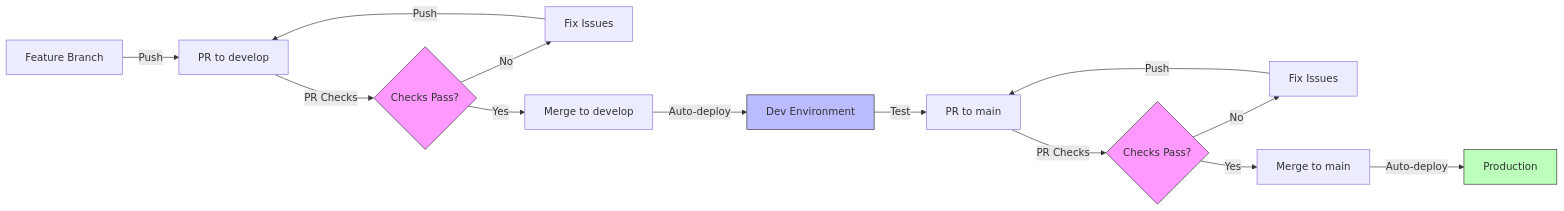
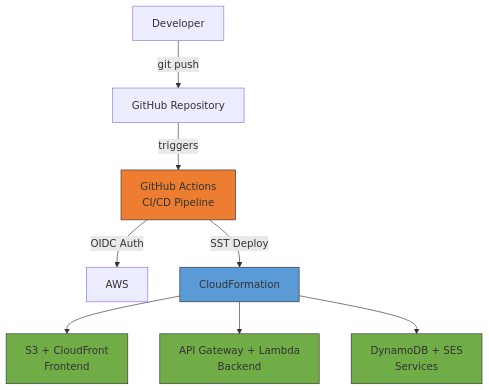
The second of 5 diagrams in README.md (mattlucian/idevelop.tech), drawn with Mermaid before and after one commit. The commit also changed other lines of this file, not shown here.

First line of the commit message:
docs: Comprehensive README redesign with visual diagrams and improved flow (#55)

````diff
--- a/README.md
+++ b/README.md
@@ -79,20 +141,19 @@
 ```mermaid
-graph LR
-    A[Feature Branch] -->|Push| B[PR to develop]
-    B -->|PR Checks| C{Checks Pass?}
-    C -->|No| D[Fix Issues]
-    D -->|Push| B
-    C -->|Yes| E[Merge to develop]
-    E -->|Auto-deploy| F[Dev Environment]
-    F -->|Test| G[PR to main]
-    G -->|PR Checks| H{Checks Pass?}
-    H -->|No| I[Fix Issues]
-    I -->|Push| G
-    H -->|Yes| J[Merge to main]
-    J -->|Auto-deploy| K[Production]
+graph TB
+    A[Developer] -->|git push| B[GitHub Repository]
+    B -->|triggers| C[GitHub Actions<br/>CI/CD Pipeline]
 
-    style C fill:#f9f,stroke:#333
-    style H fill:#f9f,stroke:#333
-    style F fill:#bbf,stroke:#333
-    style K fill:#bfb,stroke:#333
+    C -->|OIDC Auth| D[AWS]
+
+    C -->|SST Deploy| E[CloudFormation]
+
+    E --> F[S3 + CloudFront<br/>Frontend]
+    E --> G[API Gateway + Lambda<br/>Backend]
+    E --> H[DynamoDB + SES<br/>Services]
+
+    style C fill:#ed7d31,stroke:#333
+    style E fill:#5b9bd5,stroke:#333
+    style F fill:#70ad47,stroke:#333
+    style G fill:#70ad47,stroke:#333
+    style H fill:#70ad47,stroke:#333
 ```
````
